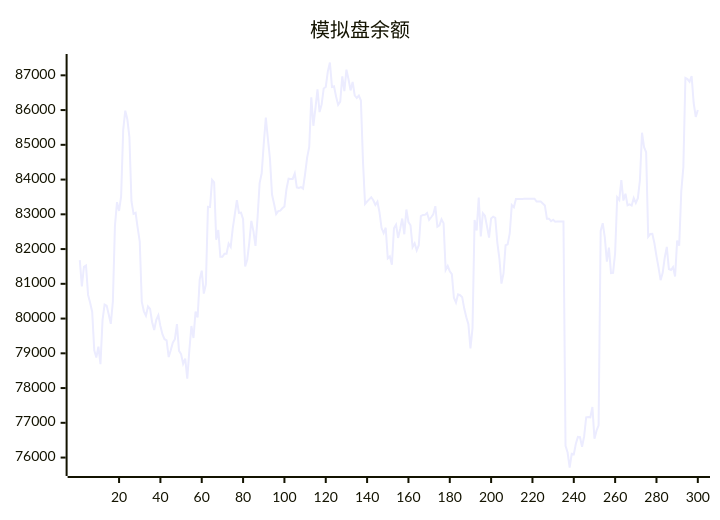
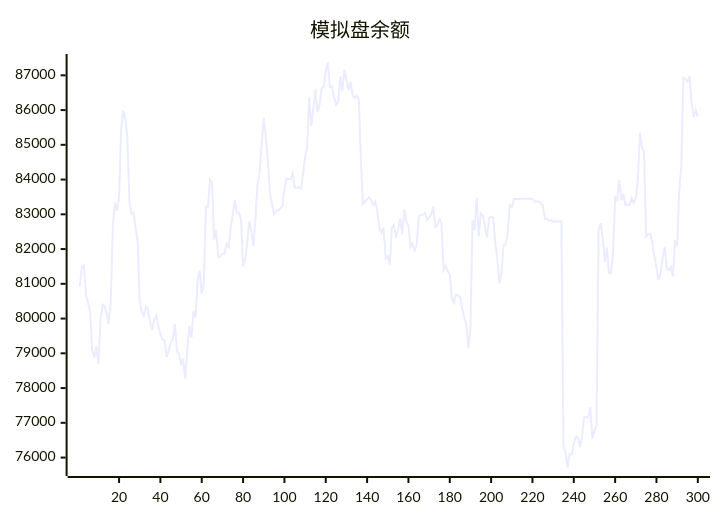
The diagram in README.md (aahl/ai-trading), drawn with Mermaid before and after one commit. The commit also changed other lines of this file and 1 other file, not shown here.

````diff
--- a/README.md
+++ b/README.md
@@ -5,5 +5,5 @@
 ```mermaid
 xychart
     title "模拟盘余额"
-    line [81680,80923,81488,81527,80681,80455,80190,79084,78879,79193,78686,79954,80403,80374,80118,79848,80491,82665,83351,83098,83525,85430,85983,85737,85221,83378,83014,83043,82613,82216,80477,80208,80081,80348,80277,79894,79670,79965,80093,79786,79542,79406,79371,78893,79087,79304,79406,79841,79072,78978,78696,78846,78272,79085,79787,79442,80198,80031,81120,81379,80718,80985,83214,83212,83993,83921,82270,82547,81776,81776,81866,81866,82158,82061,82596,83000,83408,83041,83050,82858,81503,81691,82188,82812,82517,82092,82901,83898,84180,85030,85781,85178,84604,83569,83298,83008,83093,83107,83175,83228,83729,84025,84017,84019,84177,83775,83762,83785,83738,84160,84639,84939,86370,85548,86046,86599,85942,86161,86622,86664,87115,87369,86666,86685,86384,86152,86243,86969,86548,87164,86885,86566,86809,86427,86348,86417,86273,84538,83299,83369,83430,83490,83404,83270,83362,83056,82605,82459,82614,81734,81788,81551,82598,82702,82320,82580,82878,82426,83139,82778,82686,82056,82166,81963,82110,82951,82983,82984,83038,82838,82915,82998,83235,82642,82682,82858,82746,81396,81512,81362,81277,80600,80461,80699,80673,80616,80288,80038,79836,79142,79722,82837,82533,83480,82366,83032,82960,82654,82330,82883,82934,82901,82188,81728,81005,81298,82110,82135,82449,83264,83203,83440,83439,83440,83440,83446,83447,83448,83447,83448,83449,83369,83369,83369,83313,83256,82872,82873,82801,82844,82785,82791,82791,82793,82794,76339,76145,75714,76110,76096,76397,76594,76585,76310,76607,77160,77170,77160,77456,76541,76774,76927,82520,82744,82337,81639,82040,81307,81314,81887,83490,83414,83984,83396,83594,83261,83287,83253,83470,83327,83465,83987,85348,84930,84786,82355,82433,82438,82167,81795,81466,81105,81315,81756,82064,81426,81398,81481,81210,82242,82099,83658,84359,86925,86892,86814,86980,86203,85802,86003]
+    line [80923,81488,81527,80681,80455,80190,79084,78879,79193,78686,79954,80403,80374,80118,79848,80491,82665,83351,83098,83525,85430,85983,85737,85221,83378,83014,83043,82613,82216,80477,80208,80081,80348,80277,79894,79670,79965,80093,79786,79542,79406,79371,78893,79087,79304,79406,79841,79072,78978,78696,78846,78272,79085,79787,79442,80198,80031,81120,81379,80718,80985,83214,83212,83993,83921,82270,82547,81776,81776,81866,81866,82158,82061,82596,83000,83408,83041,83050,82858,81503,81691,82188,82812,82517,82092,82901,83898,84180,85030,85781,85178,84604,83569,83298,83008,83093,83107,83175,83228,83729,84025,84017,84019,84177,83775,83762,83785,83738,84160,84639,84939,86370,85548,86046,86599,85942,86161,86622,86664,87115,87369,86666,86685,86384,86152,86243,86969,86548,87164,86885,86566,86809,86427,86348,86417,86273,84538,83299,83369,83430,83490,83404,83270,83362,83056,82605,82459,82614,81734,81788,81551,82598,82702,82320,82580,82878,82426,83139,82778,82686,82056,82166,81963,82110,82951,82983,82984,83038,82838,82915,82998,83235,82642,82682,82858,82746,81396,81512,81362,81277,80600,80461,80699,80673,80616,80288,80038,79836,79142,79722,82837,82533,83480,82366,83032,82960,82654,82330,82883,82934,82901,82188,81728,81005,81298,82110,82135,82449,83264,83203,83440,83439,83440,83440,83446,83447,83448,83447,83448,83449,83369,83369,83369,83313,83256,82872,82873,82801,82844,82785,82791,82791,82793,82794,76339,76145,75714,76110,76096,76397,76594,76585,76310,76607,77160,77170,77160,77456,76541,76774,76927,82520,82744,82337,81639,82040,81307,81314,81887,83490,83414,83984,83396,83594,83261,83287,83253,83470,83327,83465,83987,85348,84930,84786,82355,82433,82438,82167,81795,81466,81105,81315,81756,82064,81426,81398,81481,81210,82242,82099,83658,84359,86925,86892,86814,86980,86203,85802,86003,85811]
 ```
````
